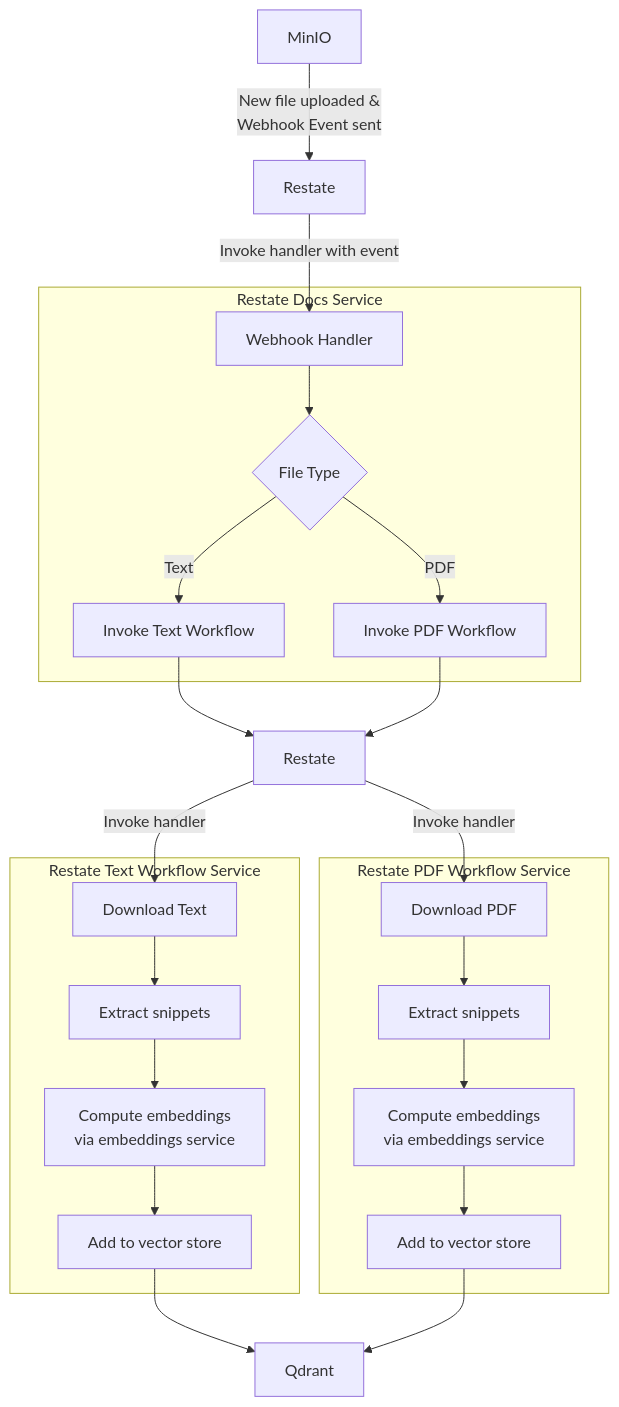
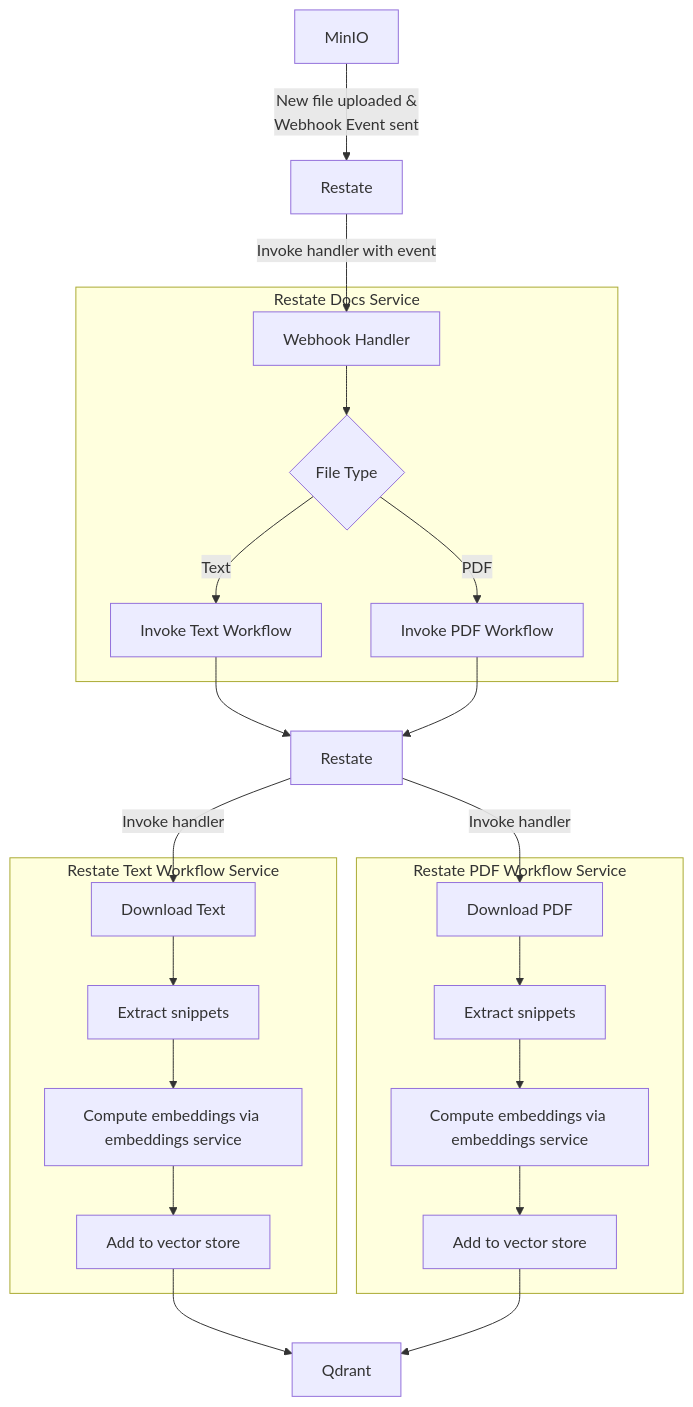
Before and after one commit to restatedev/examples: the diagram in python/end-to-end-applications/rag-ingestion/README.md, drawn with Mermaid.

Commit message:
Improve rag readme

````diff
--- a/python/end-to-end-applications/rag-ingestion/README.md
+++ b/python/end-to-end-applications/rag-ingestion/README.md
@@ -16,28 +16,28 @@
 ```mermaid
 graph TD
     A[MinIO] -->|New file uploaded &\n Webhook Event sent| B[Restate]
     B -->|Invoke handler with event| C[Webhook Handler]
     subgraph "Restate Docs Service"
     C --> D{File Type}
     D -->|Text| E[Invoke Text Workflow]
     D -->|PDF| F[Invoke PDF Workflow]
     end
     E --> G[Restate]
     F --> G[Restate]
     G -->|Invoke handler| I[Download Text]
     G -->|Invoke handler| M[Download PDF]
     subgraph "Restate Text Workflow Service"
     I --> J[Extract snippets]
-    J --> K[Compute embeddings \n via embeddings service]
+    J --> K[Compute embeddings via embeddings service]
     K --> L[Add to vector store]
     end
     subgraph "Restate PDF Workflow Service"
     M --> N[Extract snippets]
-    N --> O[Compute embeddings \n via embeddings service]
+    N --> O[Compute embeddings via embeddings service]
     O --> P[Add to vector store]
     end
     L --> Q[Qdrant]
     P --> Q
 
 
 ```
````
